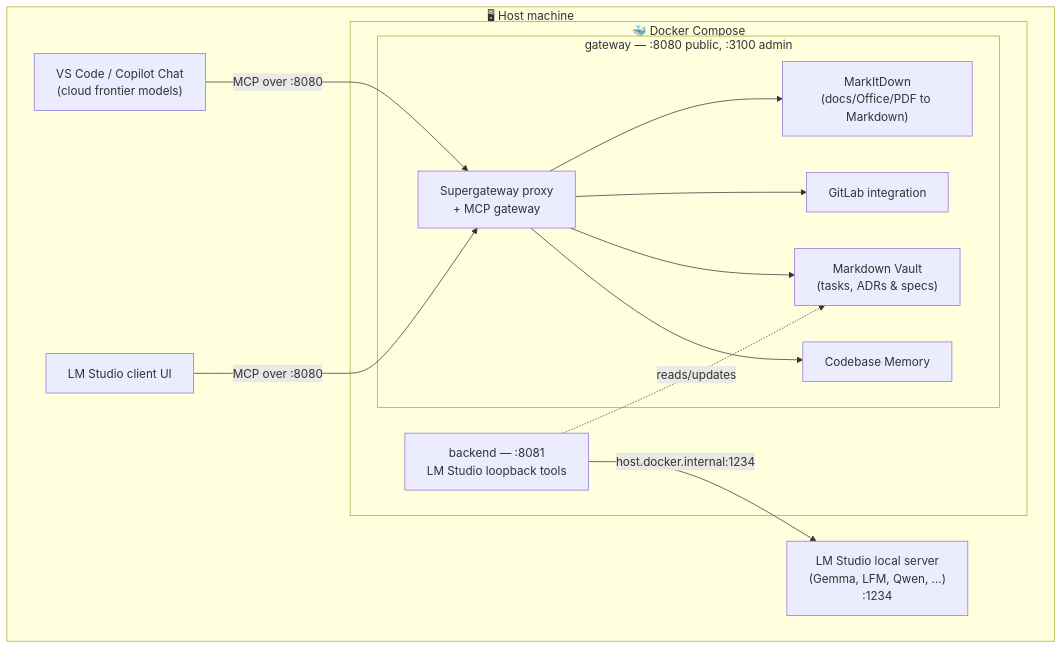
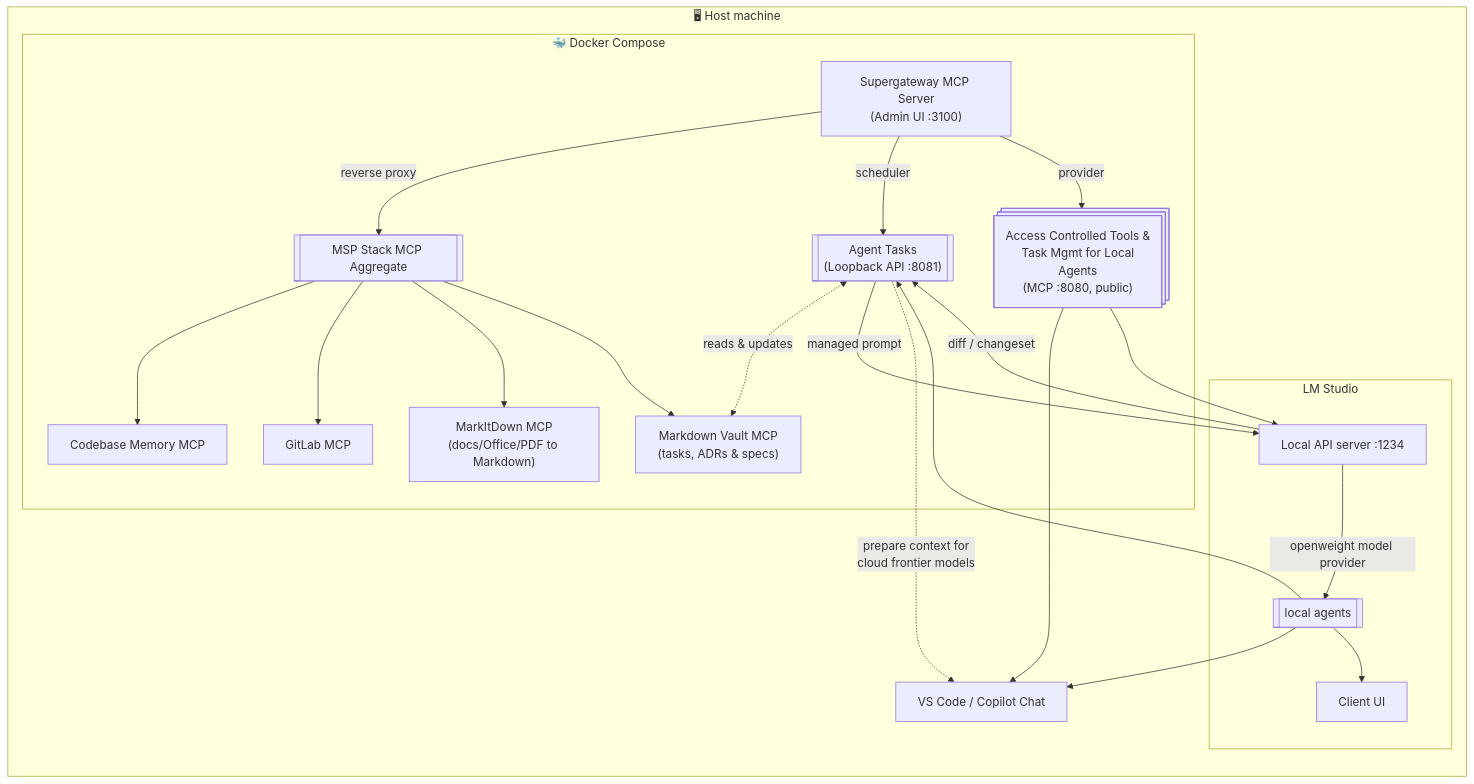
The diagram in README.md (Flexi23/vscode-mcp-supergateway), drawn with Mermaid before and after one commit. The commit also changed other lines of this file, not shown here.

Commit message:
manually edited the mermaid diagram, merge notes by Sonnet 5

````diff
--- a/README.md
+++ b/README.md
@@ -21,31 +21,47 @@
 ```mermaid
-graph TB
+graph LR
     subgraph Host["🖥 Host machine"]
-        Copilot["VS Code / Copilot Chat<br/>(cloud frontier models)"]
-        LMStudioUI["LM Studio client UI"]
-        LMStudioServer["LM Studio local server<br/>(Gemma, LFM, Qwen, ...)<br/>:1234"]
+        Copilot["VS Code / Copilot Chat"]
+
+        subgraph LMStudio["LM Studio"]
+          LMStudioServer["Local API server :1234"]
+          LMStudioUI["Client UI"]
+          LocalAgents@{ shape: subproc, label: "local agents" }
+        end
 
         subgraph Docker["🐳 Docker Compose"]
-            subgraph GatewaySvc["gateway — :8080 public, :3100 admin"]
-                Proxy["Supergateway proxy<br/>+ MCP gateway"]
-                CodebaseMemory["Codebase Memory"]
-                MarkdownVault["Markdown Vault<br/>(tasks, ADRs & specs)"]
-                GitLab["GitLab integration"]
-                MarkItDown["MarkItDown<br/>(docs/Office/PDF to Markdown)"]
-            end
+            Supergateway["Supergateway MCP Server<br/>(Admin UI :3100)"]
 
-            BackendSvc["backend — :8081<br/>LM Studio loopback tools"]
+            Loopback@{ shape: subproc, label: "Agent Tasks<br/>(Loopback API :8081)" }
+            Proxy@{ shape: subproc, label: "MSP Stack MCP Aggregate" }
+            MCP@{ shape: processes, label: "Access Controlled Tools &<br/> Task Mgmt for Local Agents<br/>(MCP :8080, public)" }
+
+            MarkdownVault["Markdown Vault MCP<br/>(tasks, ADRs & specs)"]
+            CodebaseMemory["Codebase Memory MCP"]
+            GitLab["GitLab MCP"]
+            MarkItDown["MarkItDown MCP<br/>(docs/Office/PDF to Markdown)"]
         end
     end
 
-    Copilot -->|"MCP over :8080"| Proxy
-    LMStudioUI -->|"MCP over :8080"| Proxy
+    Supergateway --> |reverse proxy| Proxy
+    Supergateway --> |scheduler| Loopback
+    Loopback <-. reads & updates .-> MarkdownVault
+    Supergateway --> |provider|MCP
+
+    MCP --> Copilot
+    MCP --> LMStudioServer
+
+    LMStudioServer --> |openweight model provider| LocalAgents
+    LMStudioServer --> |diff / changeset| Loopback
+    Loopback --> |managed prompt| LMStudioServer
+    Loopback -. prepare context for<br/> cloud frontier models .-> Copilot
+
+    LocalAgents --> Copilot
+    LocalAgents --> Loopback
+    LocalAgents --> LMStudioUI
 
     Proxy --> CodebaseMemory
-    Proxy --> MarkdownVault
     Proxy --> GitLab
     Proxy --> MarkItDown
-
-    BackendSvc -->|"host.docker.internal:1234"| LMStudioServer
-    BackendSvc -. "reads/updates" .-> MarkdownVault
+    Proxy --> MarkdownVault
 ```
````
